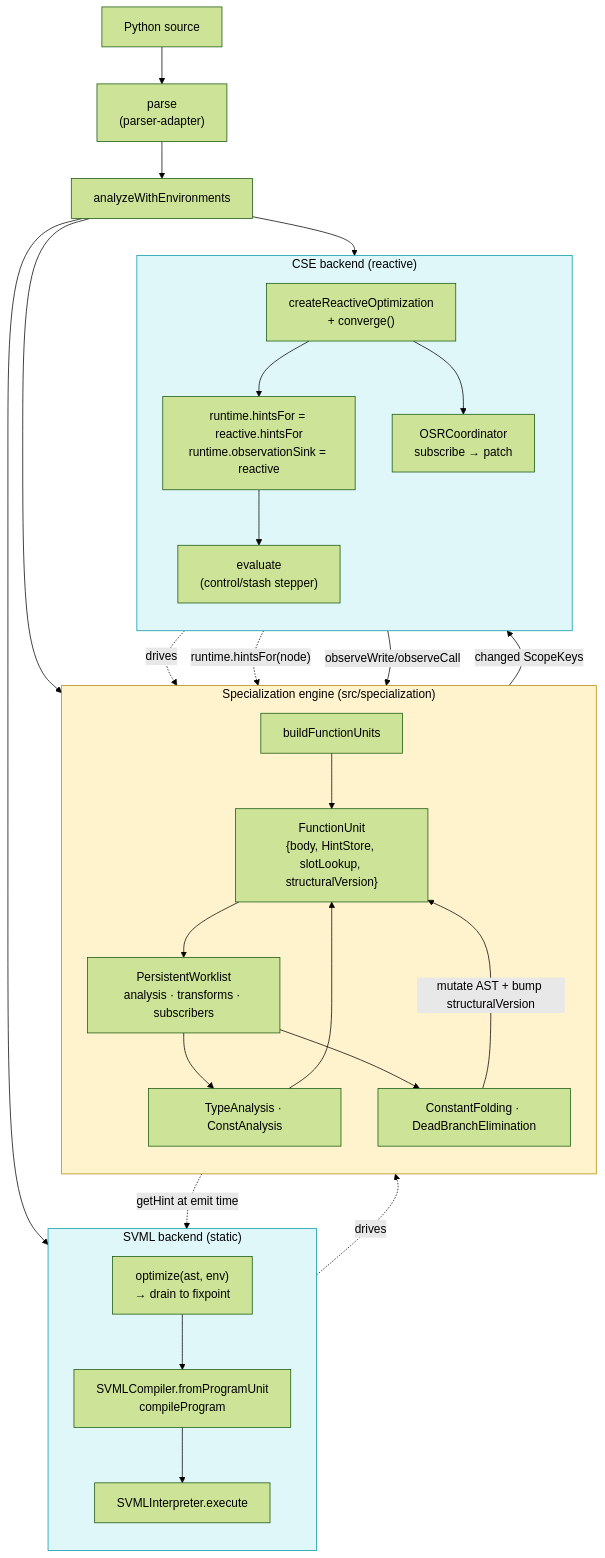
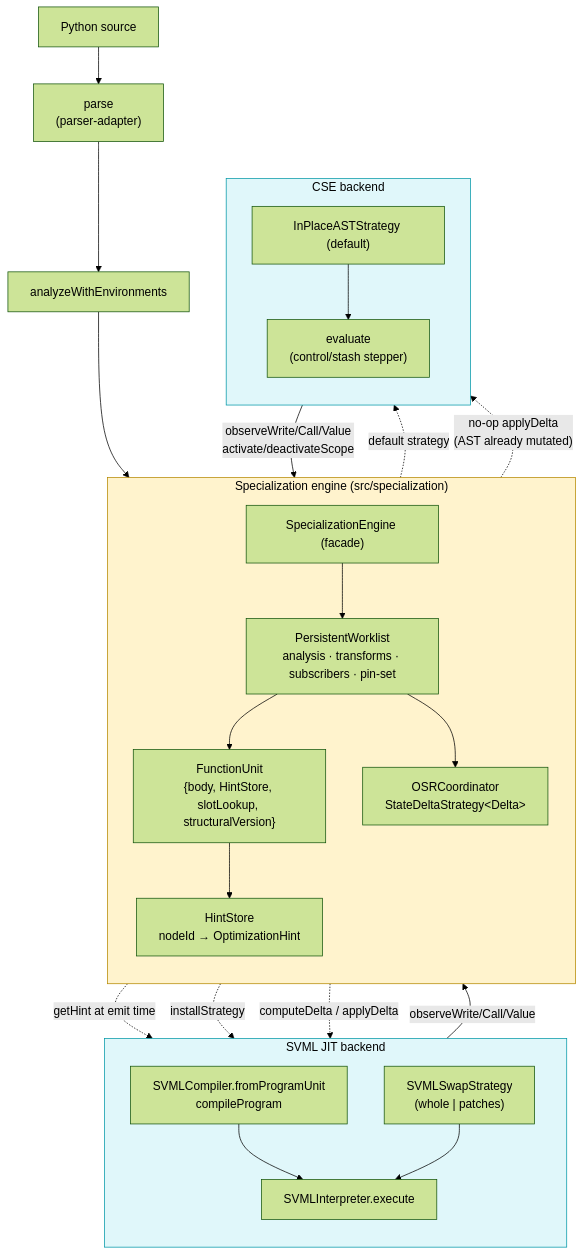
One commit to loyaltypollution/py-slang changed the sixth of 6 diagrams in docs/compilation-flow.md. Above: the diagram before and after it, drawn with Mermaid (forest theme). The commit also changed other lines of this file and 30 other files, not shown here.

First line of the commit message:
refactor(specialization): δ — replace SpecializationEngine with runPinned helper

````diff
--- a/docs/compilation-flow.md
+++ b/docs/compilation-flow.md
@@ -249,51 +309,48 @@
 ```mermaid
 flowchart TB
     SRC["Python source"]
     PARSE["parse<br/>(parser-adapter)"]
     RESOLVE["analyzeWithEnvironments"]
     SRC --> PARSE --> RESOLVE
 
     subgraph SPEC["Specialization engine (src/specialization)"]
       direction TB
-      BUILD["buildFunctionUnits"]
+      ENG["SpecializationEngine (facade)"]
+      WL["PersistentWorklist<br/>analysis · transforms · subscribers · pin-set"]
       UNIT["FunctionUnit<br/>{body, HintStore, slotLookup, structuralVersion}"]
-      WL["PersistentWorklist<br/>analysis · transforms · subscribers"]
-      ANA["TypeAnalysis · ConstAnalysis"]
-      XF["ConstantFolding · DeadBranchElimination"]
-      BUILD --> UNIT --> WL
-      WL --> ANA --> UNIT
-      WL --> XF -- "mutate AST + bump structuralVersion" --> UNIT
+      HS["HintStore<br/>nodeId → OptimizationHint"]
+      OSR["OSRCoordinator<br/>StateDeltaStrategy&lt;Delta&gt;"]
+      ENG --> WL --> UNIT
+      UNIT --> HS
+      WL --> OSR
     end
-    RESOLVE --> BUILD
+    RESOLVE --> ENG
 
-    subgraph SVML["SVML backend (static)"]
+    subgraph SVML["SVML JIT backend"]
       direction TB
-      OPT["optimize(ast, env)<br/>→ drain to fixpoint"]
       COMP["SVMLCompiler.fromProgramUnit<br/>compileProgram"]
       INT["SVMLInterpreter.execute"]
-      OPT --> COMP --> INT
+      STRAT["SVMLSwapStrategy<br/>(whole | patches)"]
+      COMP --> INT
+      STRAT --> INT
     end
-    RESOLVE --> OPT
-    OPT -. "drives" .-> WL
     UNIT -. "getHint at emit time" .-> COMP
+    ENG -. "installStrategy" .-> STRAT
+    OSR -. "computeDelta / applyDelta" .-> STRAT
+    INT -- "observeWrite/Call/Value" --> WL
 
-    subgraph CSE["CSE backend (reactive)"]
+    subgraph CSE["CSE backend"]
       direction TB
-      RO["createReactiveOptimization<br/>+ converge()"]
-      WIRE["runtime.hintsFor = reactive.hintsFor<br/>runtime.observationSink = reactive"]
-      OSR["OSRCoordinator<br/>subscribe → patch"]
       EXEC["evaluate<br/>(control/stash stepper)"]
-      RO --> WIRE --> EXEC
-      RO --> OSR
+      STRATC["InPlaceASTStrategy (default)"]
+      STRATC --> EXEC
     end
-    RESOLVE --> RO
-    RO -. "drives" .-> WL
-    EXEC -. "runtime.hintsFor(node)" .-> UNIT
-    EXEC -- "observeWrite/observeCall" --> WL
-    WL -- "changed ScopeKeys" --> OSR
+    ENG -. "default strategy" .-> STRATC
+    OSR -. "no-op applyDelta<br/>(AST already mutated)" .-> STRATC
+    EXEC -- "observeWrite/Call/Value<br/>activate/deactivateScope" --> WL
 
     classDef engine fill:#fff3cd,stroke:#b58900,color:#000;
     classDef backend fill:#e0f7fa,stroke:#0097a7,color:#000;
     class SPEC engine;
     class SVML,CSE backend;
 ```
````
